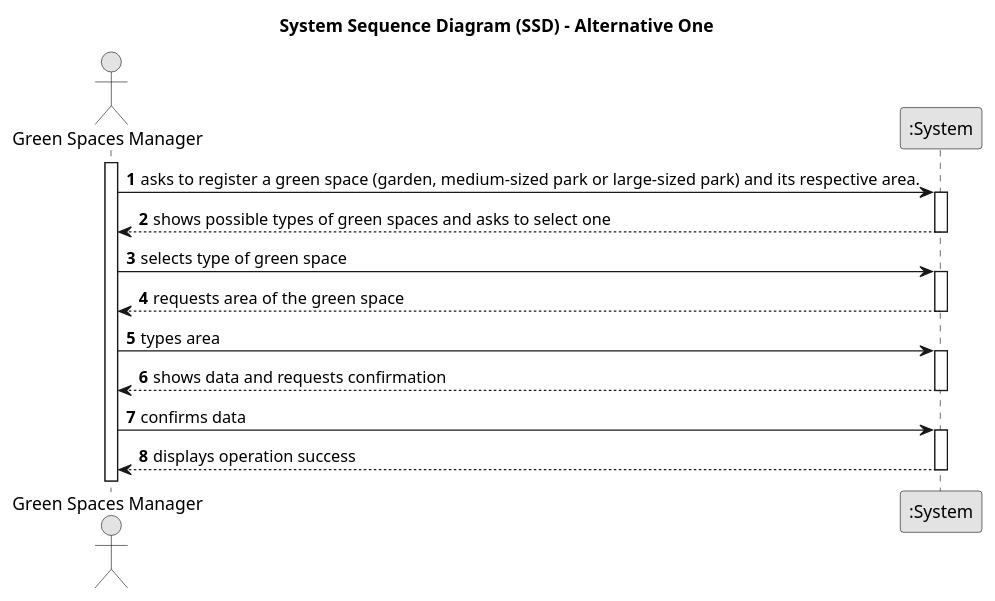
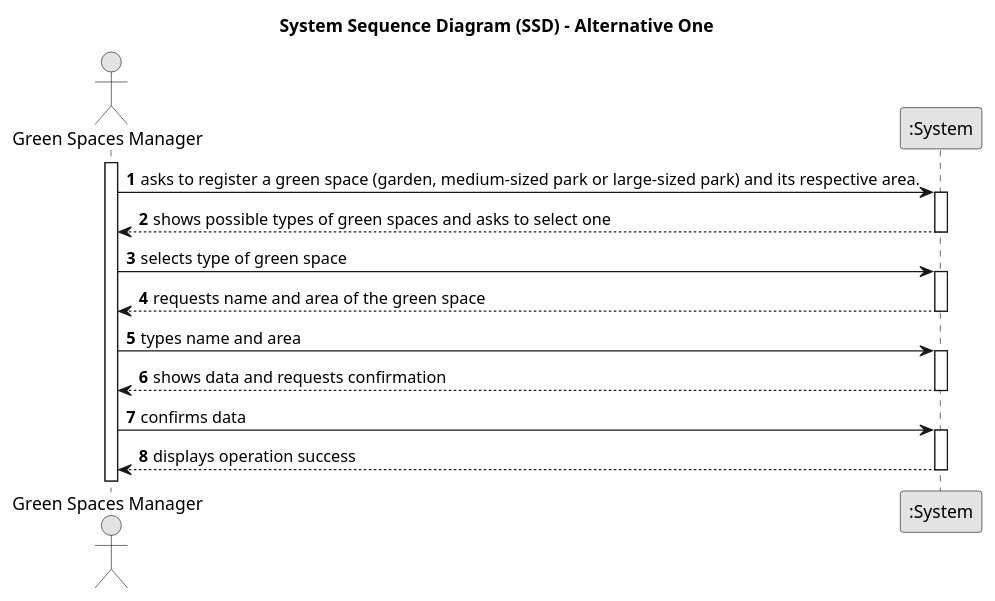
One commit to tiagosoa/lei-24-s2-1dgh-g073 changed the diagram in docs/sprint3/us020/01.requirements-engineering/puml/us020-system-sequence-diagram-alternative-one.puml. Above: the diagram before and after it, drawn with PlantUML. The commit also changed 18 other files, not shown here.

```diff
--- a/docs/sprint3/us020/01.requirements-engineering/puml/us020-system-sequence-diagram-alternative-one.puml
+++ b/docs/sprint3/us020/01.requirements-engineering/puml/us020-system-sequence-diagram-alternative-one.puml
@@ -1,39 +1,39 @@
 @startuml
 skinparam monochrome true
 skinparam packageStyle rectangle
 skinparam shadowing false
 
 title System Sequence Diagram (SSD) - Alternative One
 
 autonumber
 
 actor "Green Spaces Manager" as GSM
 participant ":System" as System
 
 activate GSM
 
     GSM -> System : asks to register a green space (garden, medium-sized park or large-sized park) and its respective area.
     activate System
 
         System --> GSM : shows possible types of green spaces and asks to select one
     deactivate System
 
     GSM -> System : selects type of green space
     activate System
 
-    System --> GSM : requests area of the green space
+    System --> GSM : requests name and area of the green space
     deactivate System
 
-    GSM -> System : types area
+    GSM -> System : types name and area
     activate System
 
     System --> GSM : shows data and requests confirmation
     deactivate System
 
     GSM -> System : confirms data
     activate System
 
     System --> GSM : displays operation success
     deactivate System
 
 @enduml
```
